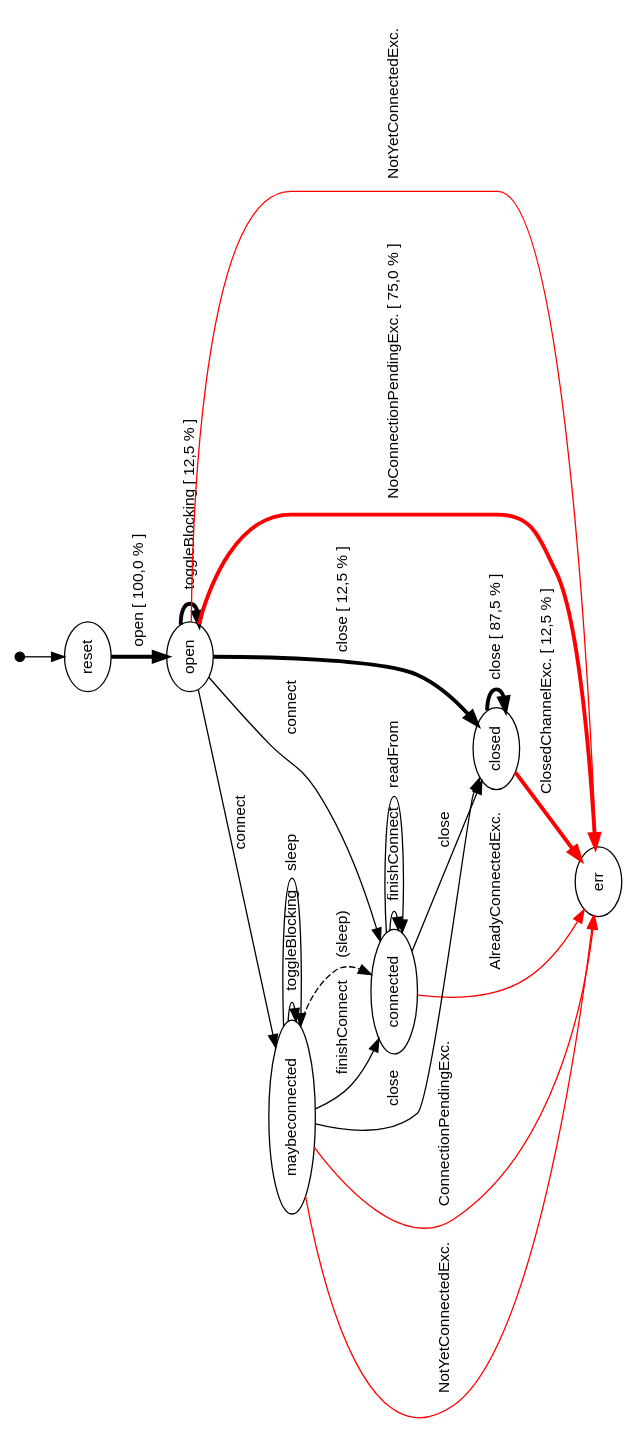
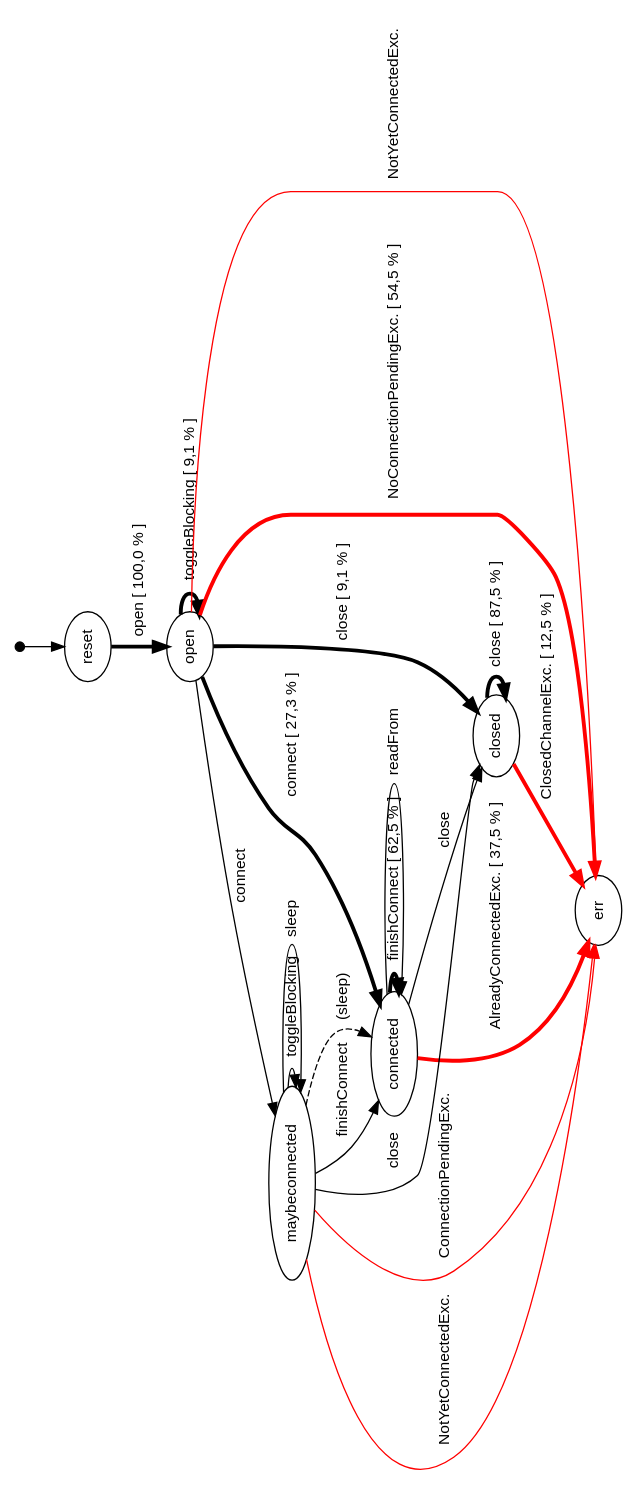
The diagram in cov_10.dot (cyrille-artho/modbat), drawn with Graphviz before and after one commit. The commit also changed 8 other files, not shown here.

```diff
--- a/cov_10.dot
+++ b/cov_10.dot
@@ -1,28 +1,28 @@
 digraph model {
   orientation = landscape;
   graph [ rankdir = "TB", ranksep="0.4", nodesep="0.2" ];
   node [ fontname = "Helvetica", fontsize="12.0", margin="0.07" ];
   edge [ fontname = "Helvetica", fontsize="12.0", margin="0.05" ];
   "" [ shape = "point", height="0.1" ];
   "" -> reset
   reset	-> open [ label = " open \[ 100,0 % \]" penwidth = "3.0" ];
-  open	-> open [ label = " toggleBlocking \[ 12,5 % \]" penwidth = "3.0" ];
-  open	-> connected [ label = " connect " ];
+  open	-> open [ label = " toggleBlocking \[ 9,1 % \]" penwidth = "3.0" ];
+  open	-> connected [ label = " connect \[ 27,3 % \]" penwidth = "3.0" ];
   open	-> maybeconnected [ label = " connect " ];
   maybeconnected	-> maybeconnected [ label = " toggleBlocking " ];
   maybeconnected	-> connected [ label = " finishConnect " ];
   maybeconnected	-> maybeconnected [ label = " sleep " ];
   maybeconnected	-> connected [ label = " (sleep) " style = "dashed" ];
-  open	-> err [ label = " NoConnectionPendingExc. \[ 75,0 % \]" color = "red" penwidth = "3.0" ];
+  open	-> err [ label = " NoConnectionPendingExc. \[ 54,5 % \]" color = "red" penwidth = "3.0" ];
   maybeconnected	-> err [ label = " ConnectionPendingExc. " color = "red" ];
-  connected	-> err [ label = " AlreadyConnectedExc. " color = "red" ];
+  connected	-> err [ label = " AlreadyConnectedExc. \[ 37,5 % \]" color = "red" penwidth = "3.0" ];
   open	-> err [ label = " NotYetConnectedExc. " color = "red" ];
   maybeconnected	-> err [ label = " NotYetConnectedExc. " color = "red" ];
-  connected	-> connected [ label = " finishConnect " ];
+  connected	-> connected [ label = " finishConnect \[ 62,5 % \]" penwidth = "3.0" ];
   connected	-> connected [ label = " readFrom " ];
-  open	-> closed [ label = " close \[ 12,5 % \]" penwidth = "3.0" ];
+  open	-> closed [ label = " close \[ 9,1 % \]" penwidth = "3.0" ];
   connected	-> closed [ label = " close " ];
   maybeconnected	-> closed [ label = " close " ];
   closed	-> closed [ label = " close \[ 87,5 % \]" penwidth = "3.0" ];
   closed	-> err [ label = " ClosedChannelExc. \[ 12,5 % \]" color = "red" penwidth = "3.0" ];
 }
```
